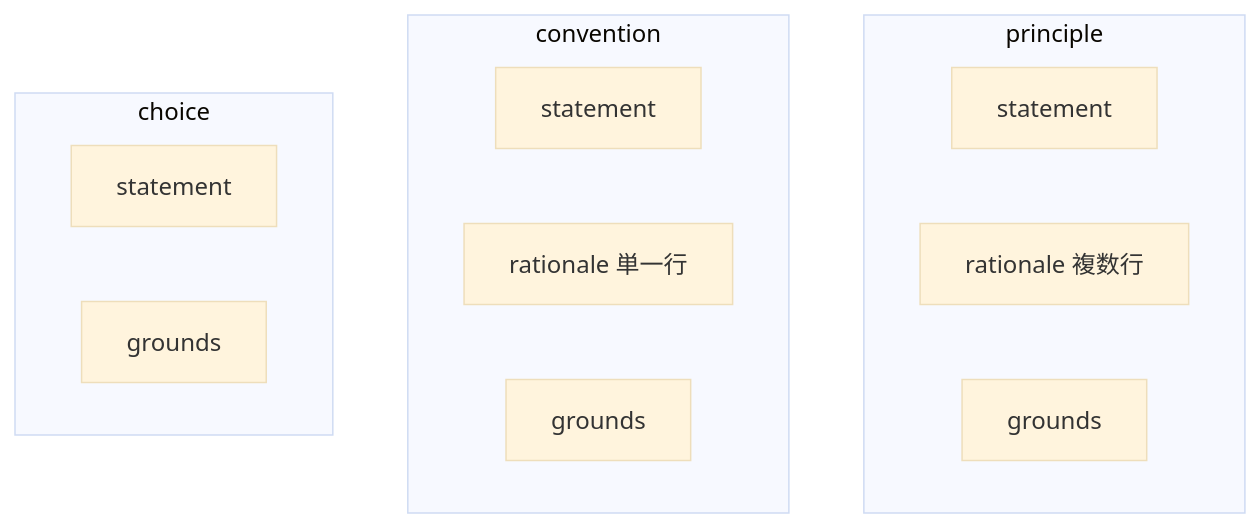
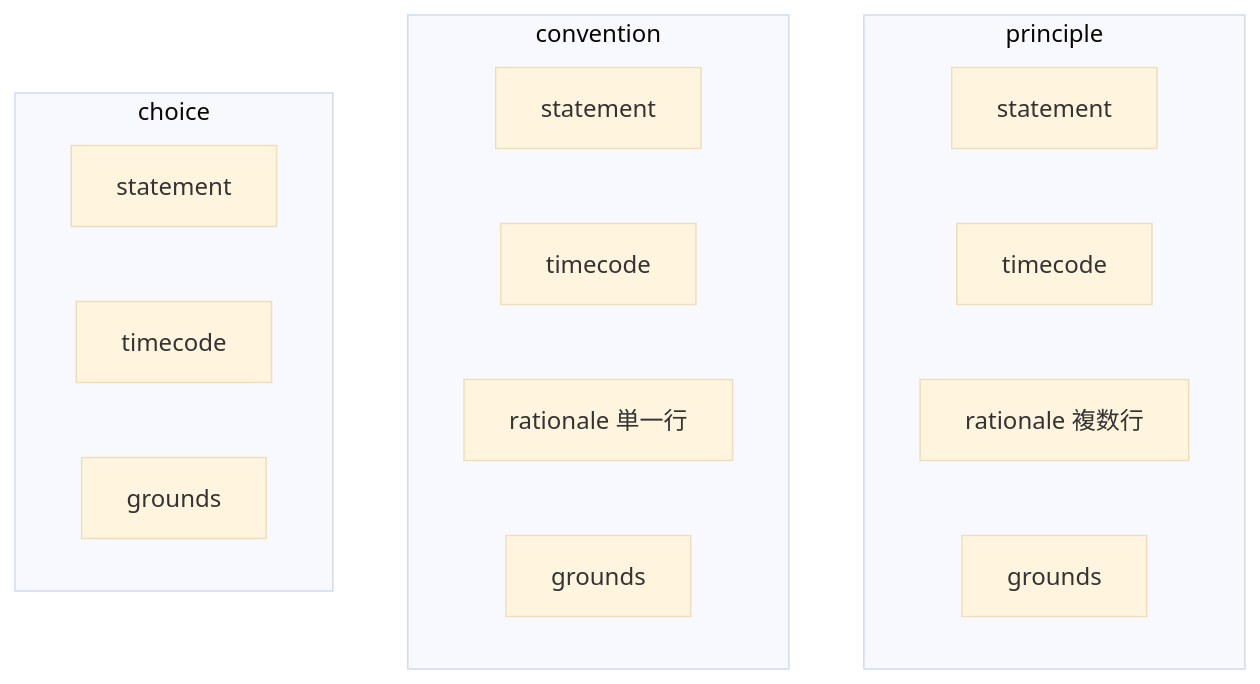
Before and after one commit to gameundwatch/codifier: the second of 2 diagrams in docs/archivist/L3_structures/granularity-ladder.md, drawn with Mermaid (base theme). The commit also changed other lines of this file and 11 other files, not shown here.

````diff
--- a/docs/archivist/L3_structures/granularity-ladder.md
+++ b/docs/archivist/L3_structures/granularity-ladder.md
@@ -25,17 +25,20 @@
 ```mermaid
 flowchart TD
     subgraph P[principle]
         pa[statement]
+        pt[timecode]
         pb[rationale 複数行]
         pz[grounds]
     end
     subgraph C[convention]
         ca[statement]
+        ct[timecode]
         cb[rationale 単一行]
         cz[grounds]
     end
     subgraph H[choice]
         ha[statement]
+        ht[timecode]
         hz[grounds]
     end
 ```
````
